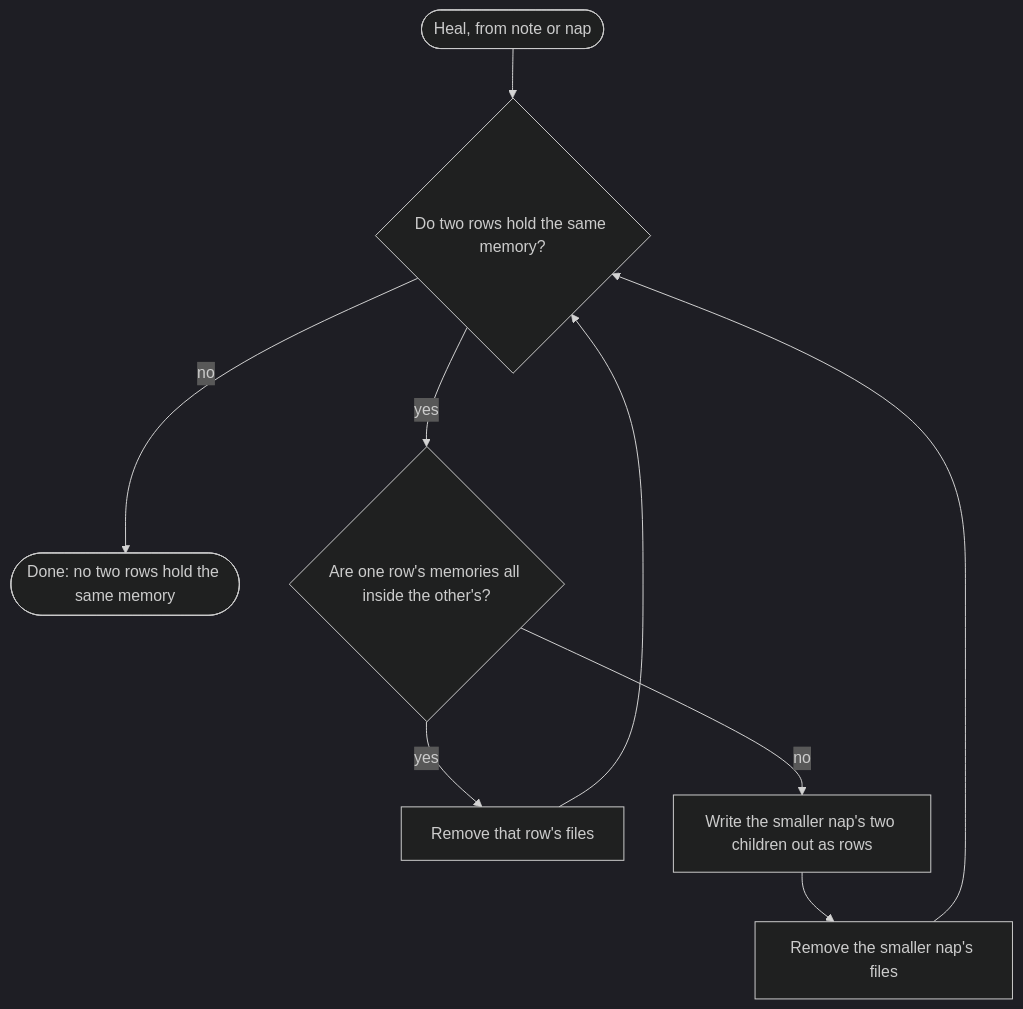
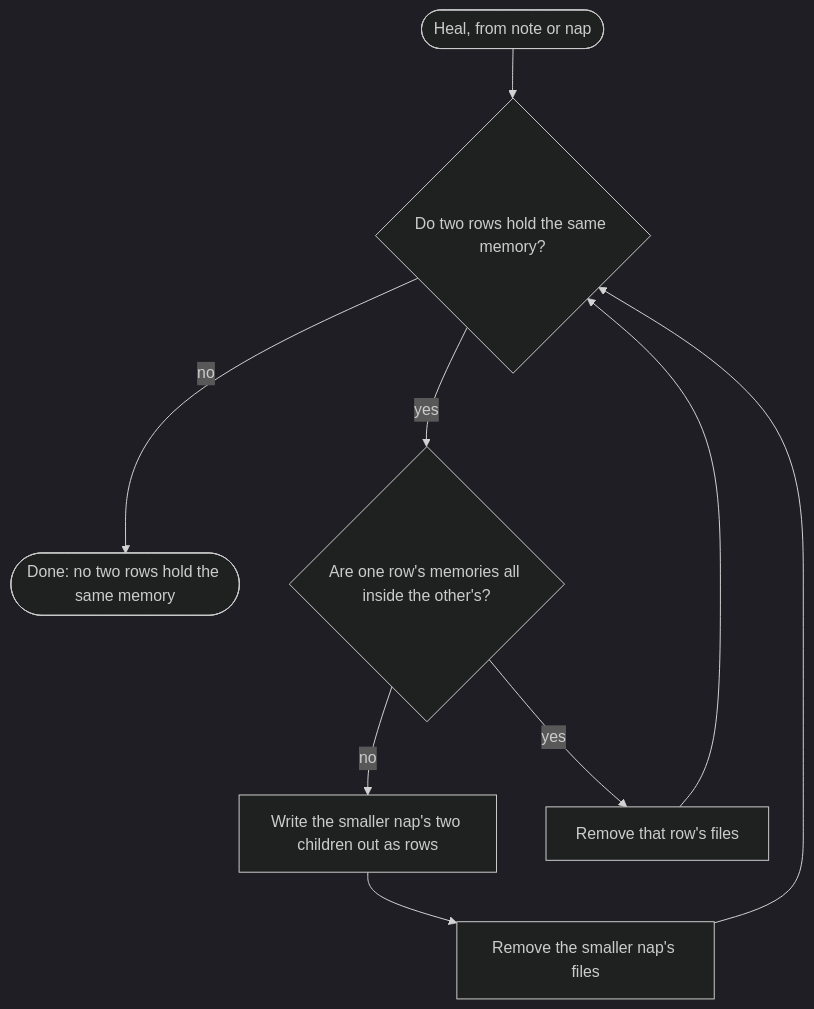
One commit to Texarkanine/SumMem changed the diagram in docs/architecture/merges-and-healing.md. Above: the diagram before and after it, drawn with Mermaid (dark theme). The commit also changed other lines of this file and 9 other files, not shown here.

First line of the commit message:
docs: explain why the fold rule jumps walls; untangle the heal chart

````diff
--- a/docs/architecture/merges-and-healing.md
+++ b/docs/architecture/merges-and-healing.md
@@ -27,11 +27,13 @@
 ```mermaid
 flowchart TD
+    %% Declare the longer "no" branch before "yes". Dagre lays branches out
+    %% left to right in that order, and the two loops then nest without crossing.
     Start(["Heal, from note or nap"]) --> Share{"Do two rows hold the same memory?"}
     Share -->|no| Done(["Done: no two rows hold the same memory"])
     Share -->|yes| Sub{"Are one row's memories all inside the other's?"}
-    Sub -->|yes| Drop["Remove that row's files"]
     Sub -->|no| Kids["Write the smaller nap's two children out as rows"]
     Kids --> Unlink["Remove the smaller nap's files"]
+    Unlink --> Share
+    Sub -->|yes| Drop["Remove that row's files"]
     Drop --> Share
-    Unlink --> Share
 ```
````
